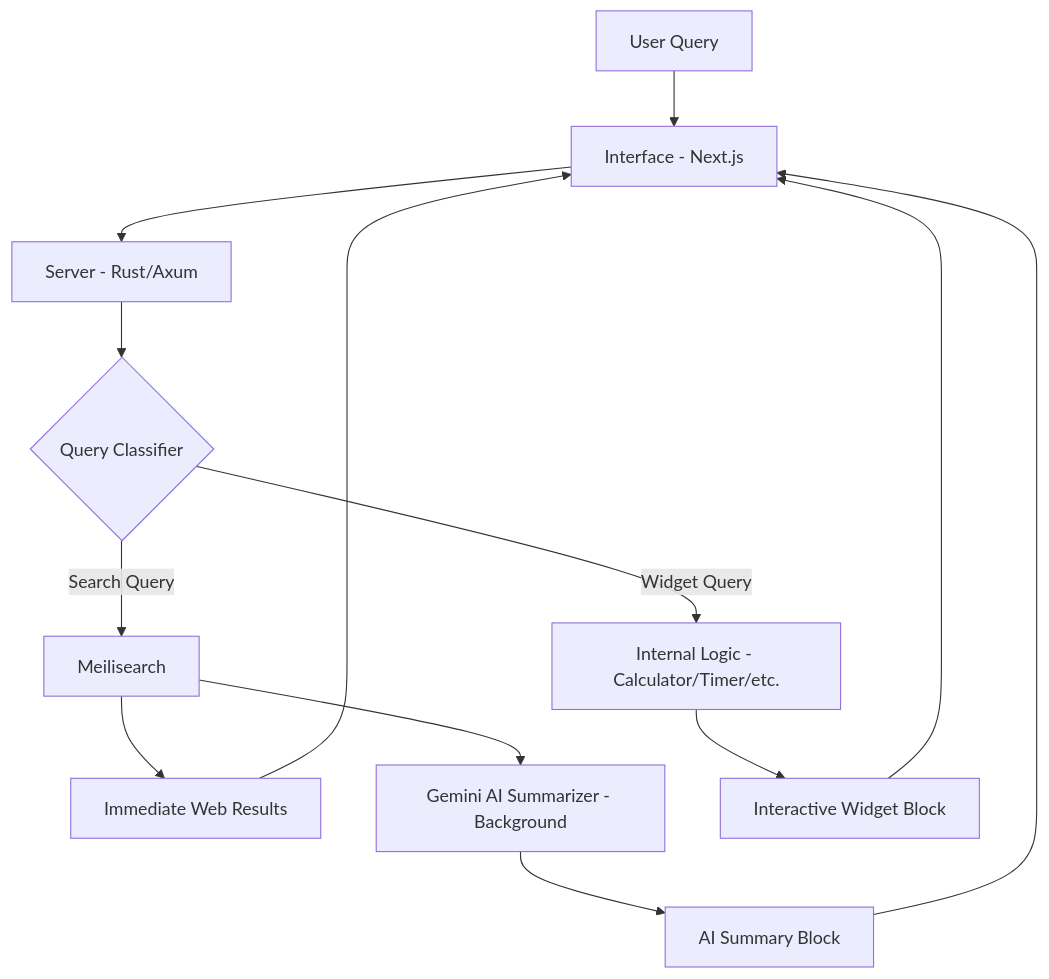
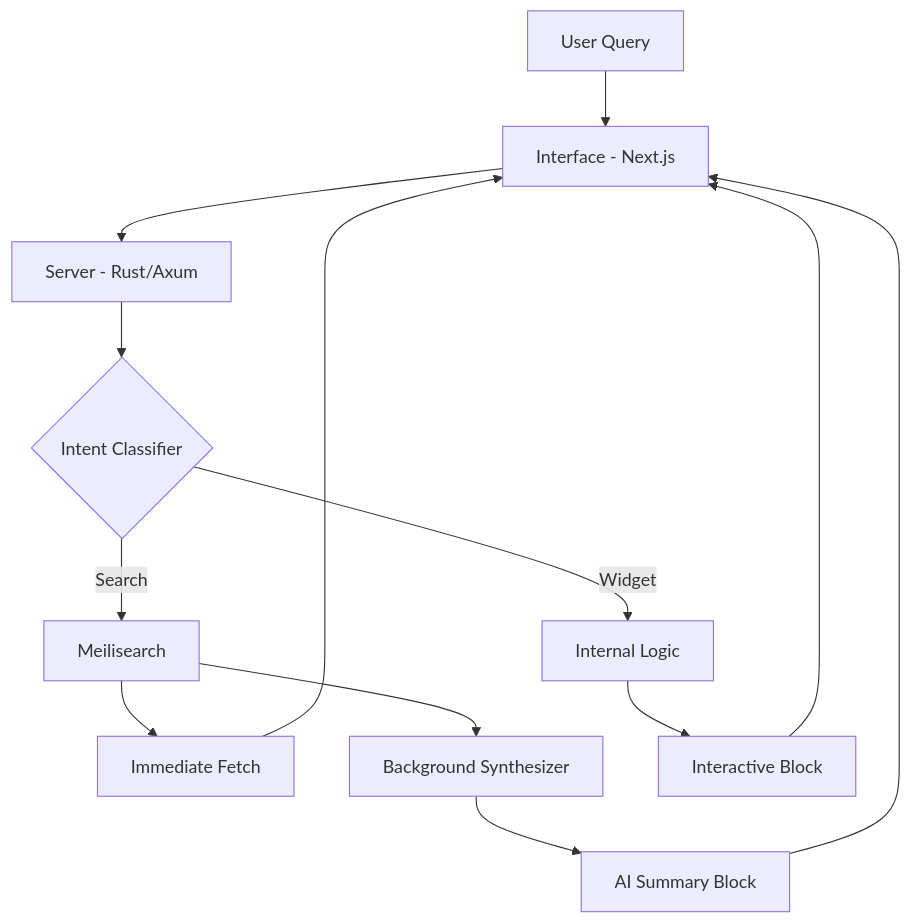
One commit to nathezek/notice changed the diagram in README.md. Above: the diagram before and after it, drawn with Mermaid. The commit also changed other lines of this file, not shown here.

Commit message:
docs: Update README to reflect an intent-driven research engine, refine terminology, and add license information.

````diff
--- a/README.md
+++ b/README.md
@@ -31,19 +31,19 @@
 ```mermaid
 graph TD
     A[User Query] --> B[Interface - Next.js]
     B --> C[Server - Rust/Axum]
-    C --> D{Query Classifier}
+    C --> D{Intent Classifier}
     
-    D -->|Search Query| E[Meilisearch]
-    D -->|Widget Query| F[Internal Logic - Calculator/Timer/etc.]
+    D -->|Search| E[Meilisearch]
+    D -->|Widget| F[Internal Logic]
     
-    E --> G[Immediate Web Results]
+    E --> G[Immediate Fetch]
     G --> B
     
-    E --> H[Gemini AI Summarizer - Background]
+    E --> H[Background Synthesizer]
     H --> I[AI Summary Block]
     I --> B
     
-    F --> J[Interactive Widget Block]
+    F --> J[Interactive Block]
     J --> B
 ```
````
